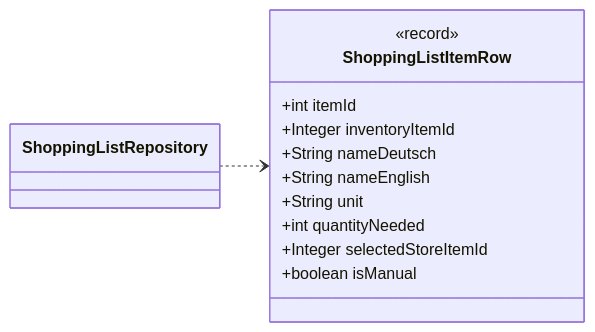
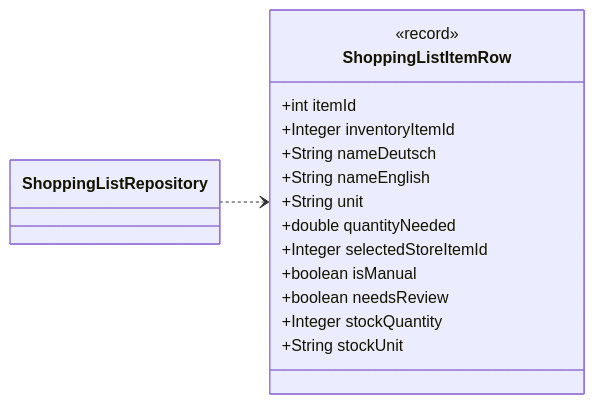
Before and after one commit to Nate-ryan-7690/dahaem: the seventh of 14 diagrams in docs/classes/shopping.md, drawn with Mermaid. The commit also changed other lines of this file and 27 other files, not shown here.

````diff
--- a/docs/classes/shopping.md
+++ b/docs/classes/shopping.md
@@ -288,17 +324,20 @@
 ```mermaid
 classDiagram
     direction LR
     class shopping_ShoppingListItemRow["ShoppingListItemRow"] {
         <<record>>
         +int itemId
         +Integer inventoryItemId
         +String nameDeutsch
         +String nameEnglish
         +String unit
-        +int quantityNeeded
+        +double quantityNeeded
         +Integer selectedStoreItemId
         +boolean isManual
+        +boolean needsReview
+        +Integer stockQuantity
+        +String stockUnit
     }
     class shopping_ShoppingListRepository["ShoppingListRepository"]
     shopping_ShoppingListRepository ..> shopping_ShoppingListItemRow
 ```
````
